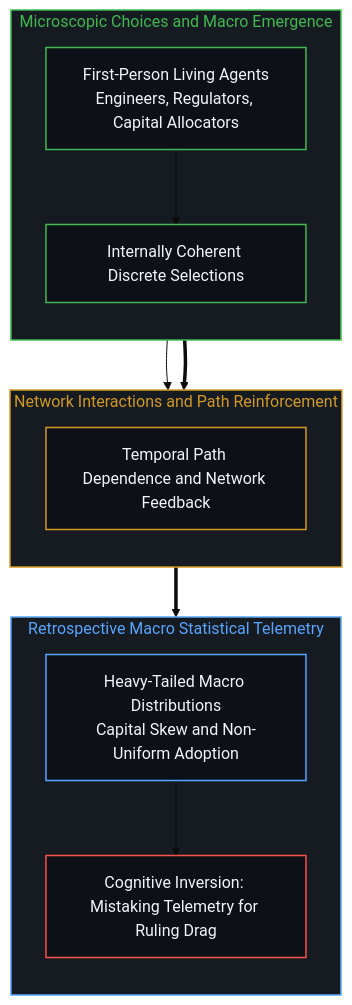
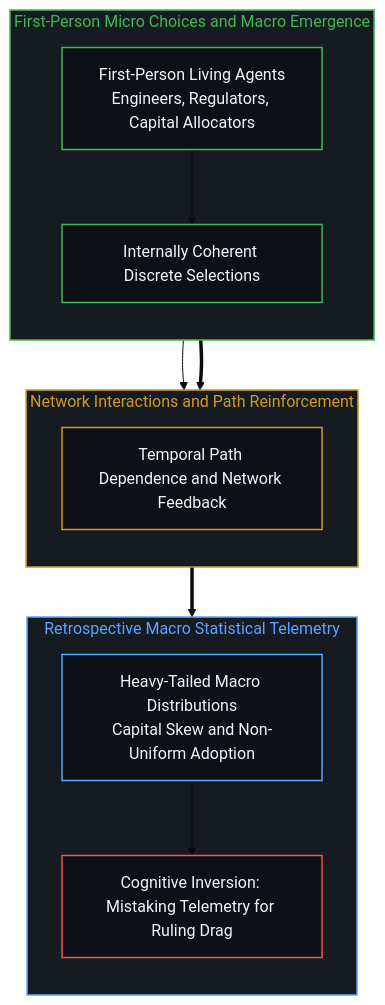
One commit to powerpig99/not-a-toe changed diagram 12 of 14 in content/posts/beyond-the-hundred-trillion-horizon.md. Above: the diagram before and after it, drawn with Mermaid (base theme). The commit also changed other lines of this file and 4 other files, not shown here.

````diff
--- a/content/posts/beyond-the-hundred-trillion-horizon.md
+++ b/content/posts/beyond-the-hundred-trillion-horizon.md
@@ -475,35 +475,35 @@
 ```mermaid
 flowchart TD
     classDef default fill:#0d1117,stroke:#30363d,stroke-width:1px,color:#f0f6fc;
     classDef mind fill:#0d1117,stroke:#3fb950,stroke-width:1.5px,color:#f0f6fc;
     classDef warn fill:#0d1117,stroke:#d29922,stroke-width:1.5px,color:#f0f6fc;
     classDef fail fill:#0d1117,stroke:#f85149,stroke-width:1.5px,color:#f0f6fc;
     classDef model fill:#0d1117,stroke:#58a6ff,stroke-width:1.5px,color:#f0f6fc;
 
-    subgraph S_CHOICE_EN ["Microscopic Choices and Macro Emergence"]
+    subgraph S_CHOICE_EN ["First-Person Micro Choices and Macro Emergence"]
         direction TB
         MIND["First-Person Living Agents<br/>Engineers, Regulators, Capital Allocators"]:::mind
         ACT["Internally Coherent Discrete Selections"]:::mind
         MIND --> ACT
     end
 
     subgraph S_CASCADE_EN ["Network Interactions and Path Reinforcement"]
         direction TB
         CORR["Temporal Path Dependence and Network Feedback"]:::warn
         ACT --> CORR
     end
 
     subgraph S_MACRO_EN ["Retrospective Macro Statistical Telemetry"]
         direction TB
         STAT["Heavy-Tailed Macro Distributions<br/>Capital Skew and Non-Uniform Adoption"]:::model
         ILLUSION["Cognitive Inversion: Mistaking Telemetry for Ruling Drag"]:::fail
         STAT --> ILLUSION
     end
 
     S_CHOICE_EN ==> S_CASCADE_EN
     S_CASCADE_EN ==> S_MACRO_EN
 
     style S_CHOICE_EN fill:#161b22,stroke:#3fb950,stroke-width:1.5px,color:#3fb950
     style S_CASCADE_EN fill:#161b22,stroke:#d29922,stroke-width:1.5px,color:#d29922
     style S_MACRO_EN fill:#161b22,stroke:#58a6ff,stroke-width:1.5px,color:#58a6ff
 ```
````
